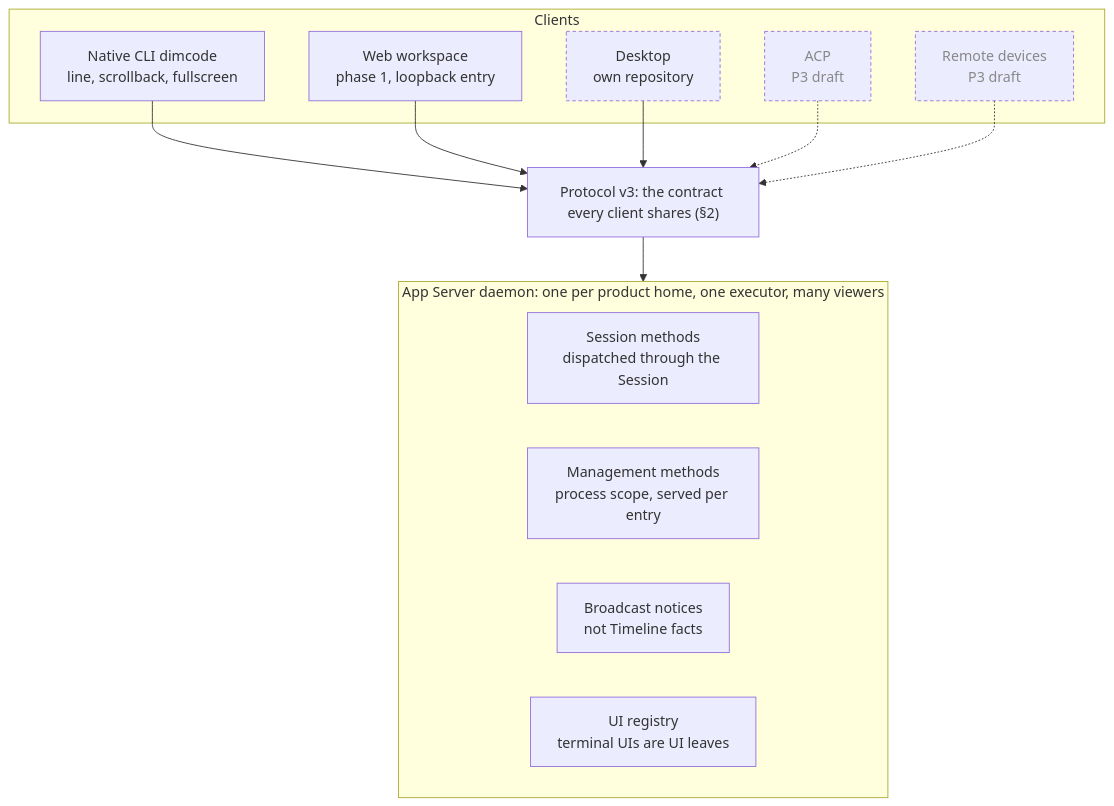
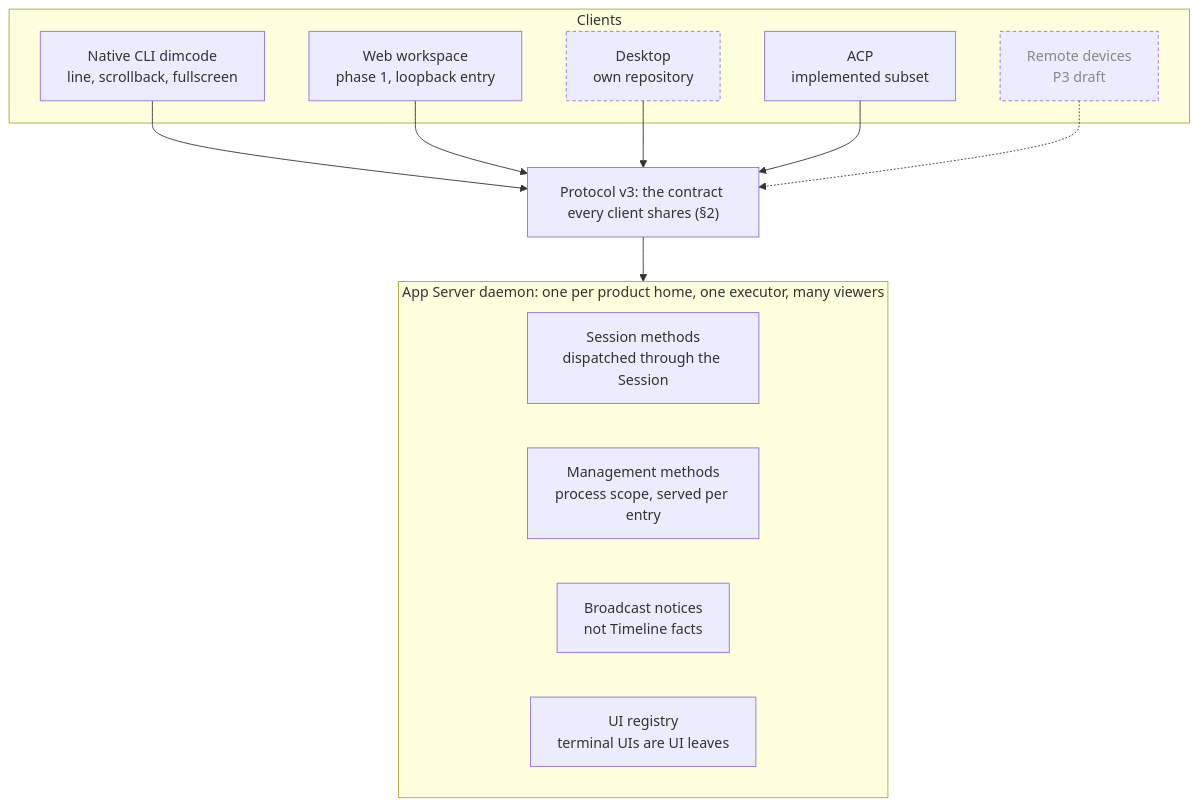
One commit to CoutinhoTTS/dim-agent changed the first of 2 diagrams in docs/design/clients.md. Above: the diagram before and after it, drawn with Mermaid. The commit also changed other lines of this file and 15 other files, not shown here.

````diff
--- a/docs/design/clients.md
+++ b/docs/design/clients.md
@@ -11,25 +11,25 @@
 ```mermaid
 flowchart TB
   subgraph C["Clients"]
     CLI["Native CLI dimcode<br/>line, scrollback, fullscreen"]
     WEB["Web workspace<br/>phase 1, loopback entry"]
     DESK["Desktop<br/>own repository"]:::outside
-    ACP["ACP<br/>P3 draft"]:::planned
+    ACP["ACP<br/>implemented subset"]
     REM["Remote devices<br/>P3 draft"]:::planned
   end
   P["Protocol v3: the contract every client shares (§2)"]
   subgraph D["App Server daemon: one per product home, one executor, many viewers"]
     SM["Session methods<br/>dispatched through the Session"]
     MM["Management methods<br/>process scope, served per entry"]
     N["Broadcast notices<br/>not Timeline facts"]
     UI["UI registry<br/>terminal UIs are UI leaves"]
   end
   CLI --> P
   WEB --> P
   DESK --> P
-  ACP -.-> P
+  ACP --> P
   REM -.-> P
   P --> D
   classDef outside stroke-dasharray:4 3
   classDef planned stroke-dasharray:4 3,color:#888
 ```
````
